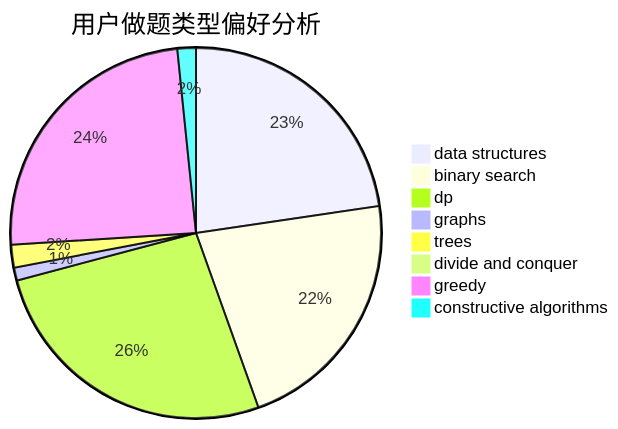
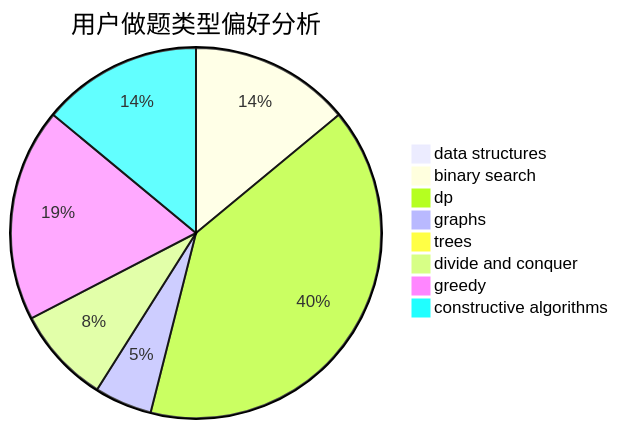
Before and after one commit to sherpahu/cfrs.github.io: the second of 3 diagrams in docs/user/u113.md, drawn with Mermaid. The commit also changed other lines of this file and 2770 other files, not shown here.

````diff
--- a/docs/user/u113.md
+++ b/docs/user/u113.md
@@ -23,11 +23,11 @@
 ```mermaid
 pie title 用户做题类型偏好分析
-    "data structures" :  421
-    "binary search" :  406
-    "dp" :  489
-    "graphs" :  21
-    "trees" :  37
-    "divide and conquer" :  0
-    "greedy" :  453
-    "constructive algorithms" :  30
+    "data structures" :  1
+    "binary search" :  103
+    "dp" :  294
+    "graphs" :  37
+    "trees" :  0
+    "divide and conquer" :  62
+    "greedy" :  137
+    "constructive algorithms" :  103
 ```
````
